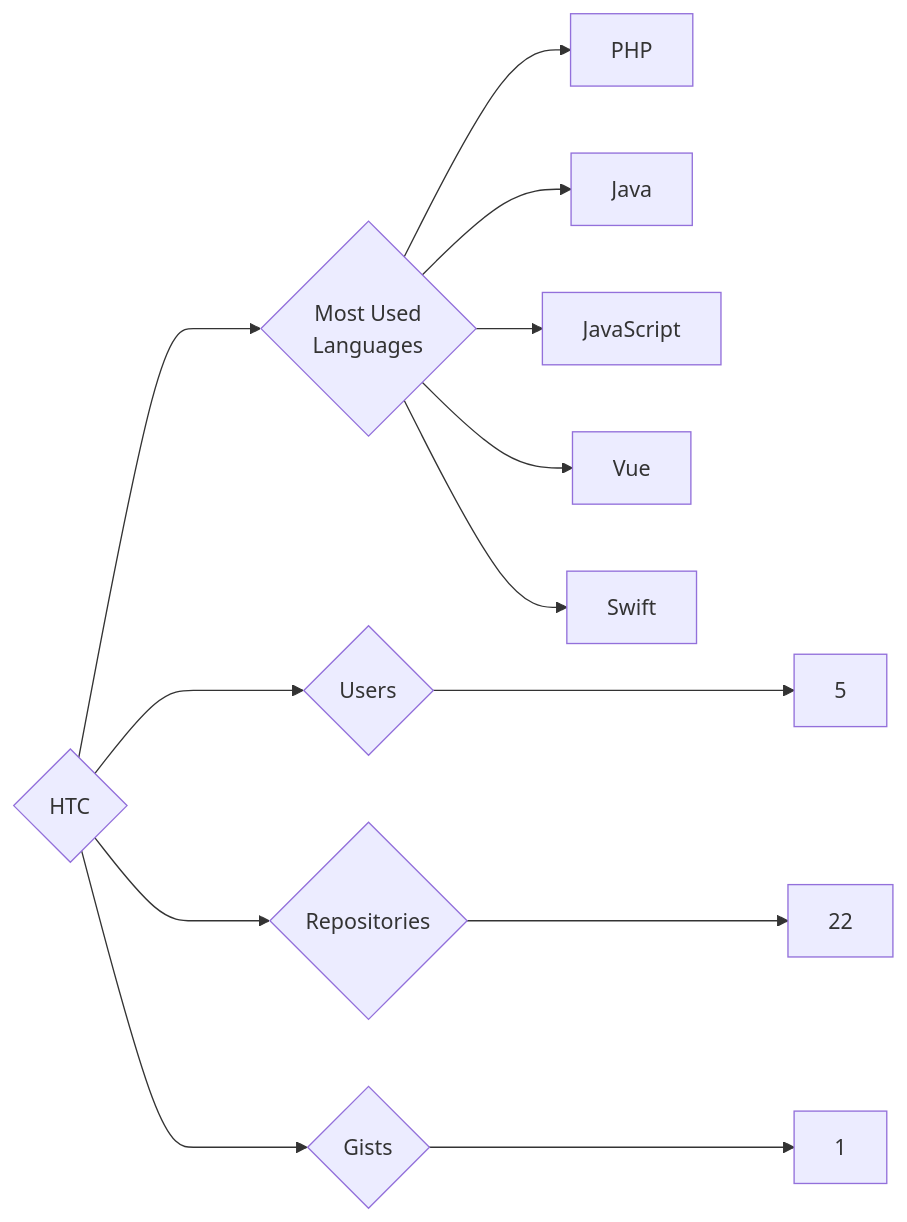
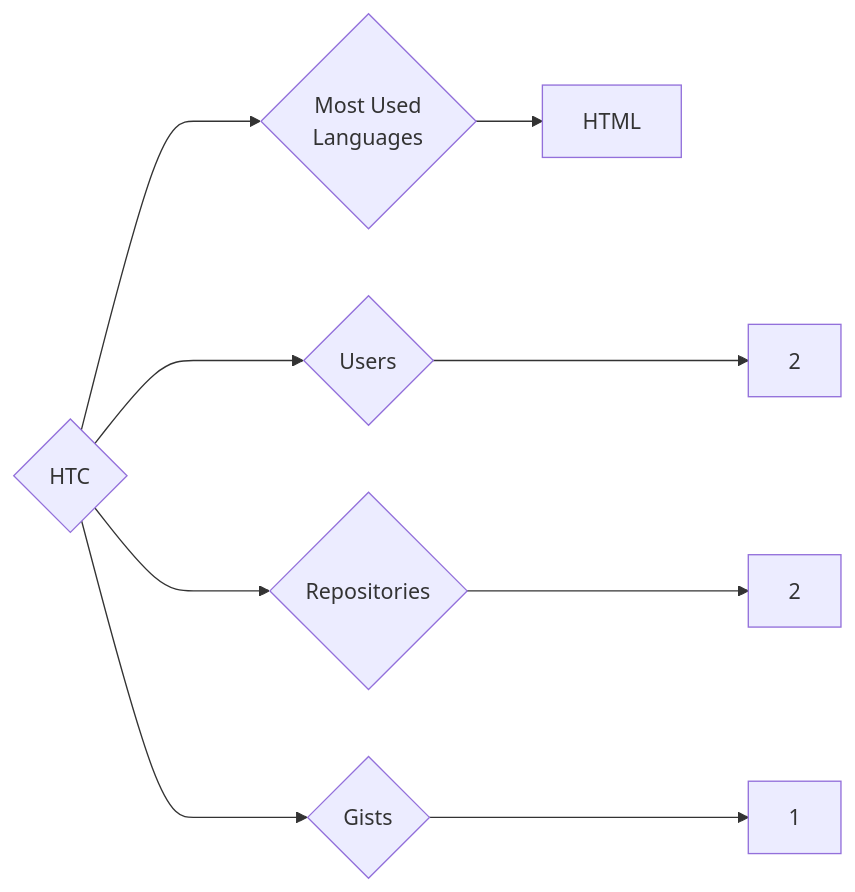
One commit to trickest/insiders changed the diagram in targets/HTC/README.md. Above: the diagram before and after it, drawn with Mermaid. The commit also changed 1020 other files, not shown here.

````diff
--- a/targets/HTC/README.md
+++ b/targets/HTC/README.md
@@ -3,13 +3,9 @@
 ```mermaid
 graph LR
 COMPANY_NAME{HTC}
-COMPANY_NAME ---> U{Users} ---> UN[5]
-COMPANY_NAME ---> R{Repositories} ---> RN[22]
+COMPANY_NAME ---> U{Users} ---> UN[2]
+COMPANY_NAME ---> R{Repositories} ---> RN[2]
 COMPANY_NAME ---> G{Gists} ---> GN[1]
 COMPANY_NAME ---> ML{Most Used<br>Languages}
-ML --> PHP[PHP]
-ML --> Java[Java]
-ML --> JavaScript[JavaScript]
-ML --> Vue[Vue]
-ML --> Swift[Swift]
+ML --> HTML[HTML]
 ```
````
